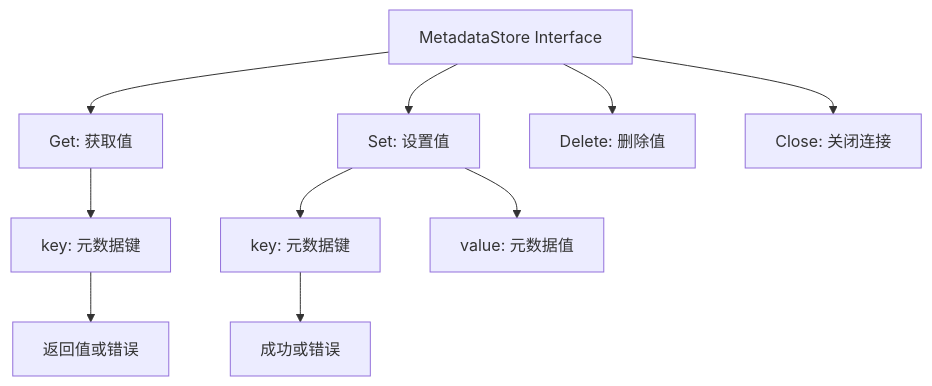
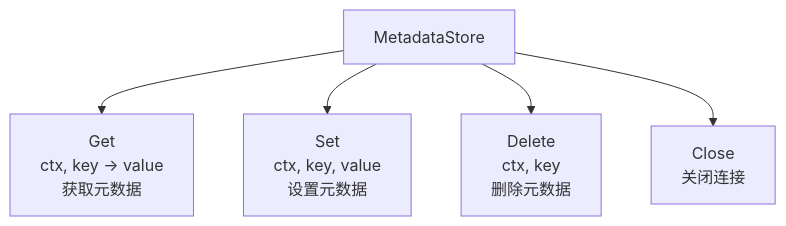
One commit to LerkoX/flowx changed the first of 5 diagrams in metadata/FLOWS.md. Above: the diagram before and after it, drawn with Mermaid. The commit also changed other lines of this file and 6 other files, not shown here.

First line of the commit message:
docs: enhance module flow diagrams with detailed implementation flows

````diff
--- a/metadata/FLOWS.md
+++ b/metadata/FLOWS.md
@@ -5,14 +5,7 @@
 ```mermaid
 flowchart TD
-    A[MetadataStore Interface] --> B[Get: 获取值]
-    A --> C[Set: 设置值]
-    A --> D[Delete: 删除值]
-    A --> E[Close: 关闭连接]
-
-    B --> F[key: 元数据键]
-    F --> G[返回值或错误]
-
-    C --> H[key: 元数据键]
-    C --> I[value: 元数据值]
-    H --> J[成功或错误]
+    A[MetadataStore] --> B[Get<br/>ctx, key → value<br/>获取元数据]
+    A --> C[Set<br/>ctx, key, value<br/>设置元数据]
+    A --> D[Delete<br/>ctx, key<br/>删除元数据]
+    A --> E[Close<br/>关闭连接]
 ```
````
